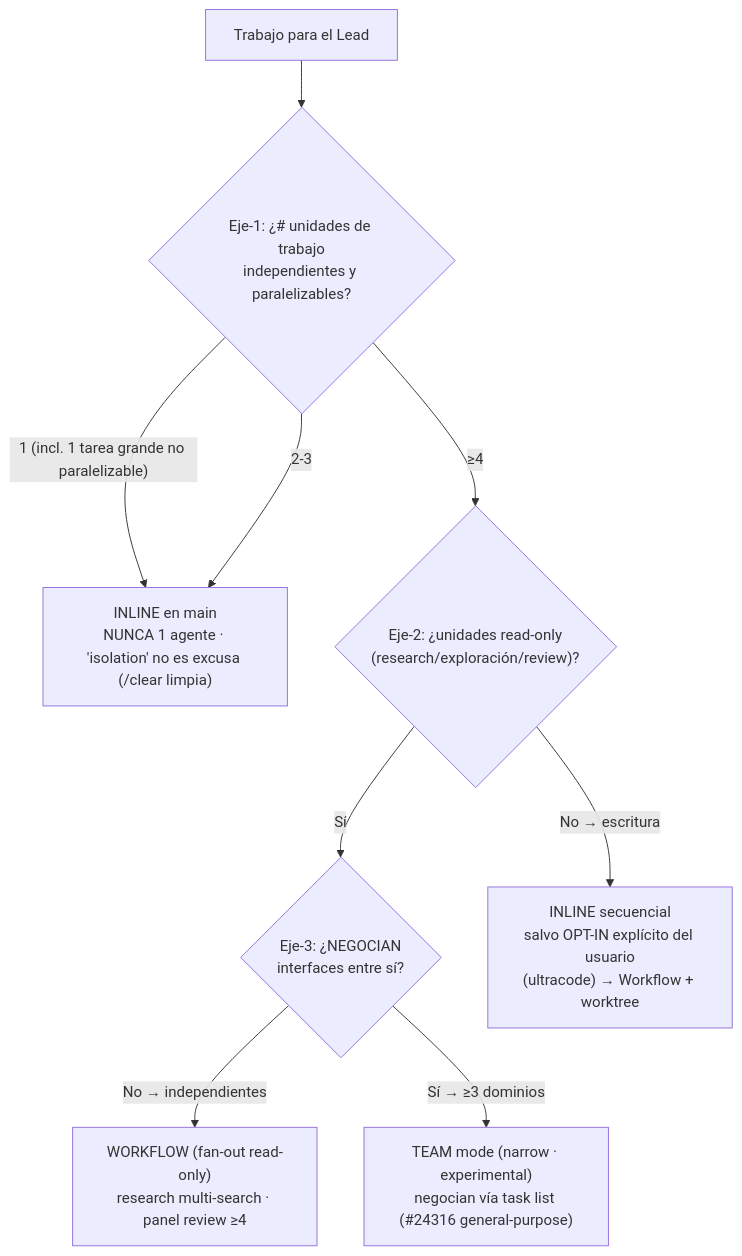
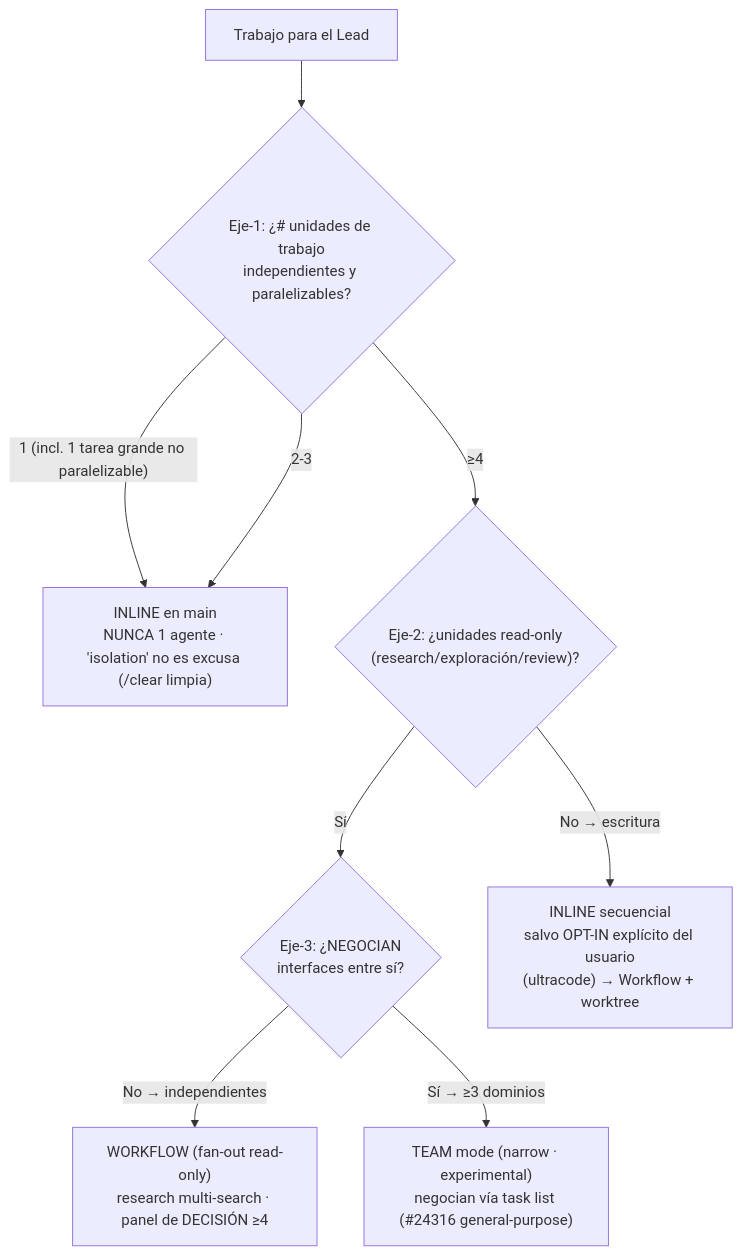
The diagram in .claude/skills/orchestrator-protocol/SKILL.md (MaciWP/claude-code-poneglyph), drawn with Mermaid before and after one commit. The commit also changed other lines of this file and 5 other files, not shown here.

First line of the commit message:
feat(019/US1+US2): critic redesign — ONE fresh-context reviewer default, panel demoted to decision review

````diff
--- a/.claude/skills/orchestrator-protocol/SKILL.md
+++ b/.claude/skills/orchestrator-protocol/SKILL.md
@@ -74,11 +74,11 @@
 ```mermaid
 graph TD
   START["Trabajo para el Lead"] --> CNT{"Eje-1: ¿# unidades de trabajo<br/>independientes y paralelizables?"}
   CNT -->|"1 (incl. 1 tarea grande no paralelizable)"| INLINE
   CNT -->|"2-3"| INLINE["INLINE en main<br/>NUNCA 1 agente · 'isolation' no es excusa (/clear limpia)"]
   CNT -->|"≥4"| RO{"Eje-2: ¿unidades read-only<br/>(research/exploración/review)?"}
   RO -->|"Sí"| NAT{"Eje-3: ¿NEGOCIAN<br/>interfaces entre sí?"}
   RO -->|"No → escritura"| OPTIN["INLINE secuencial<br/>salvo OPT-IN explícito del usuario<br/>(ultracode) → Workflow + worktree"]
-  NAT -->|"No → independientes"| WF["WORKFLOW (fan-out read-only)<br/>research multi-search · panel review ≥4"]
+  NAT -->|"No → independientes"| WF["WORKFLOW (fan-out read-only)<br/>research multi-search · panel de DECISIÓN ≥4"]
   NAT -->|"Sí → ≥3 dominios"| TEAM["TEAM mode (narrow · experimental)<br/>negocian vía task list (#24316 general-purpose)"]
 ```
````
